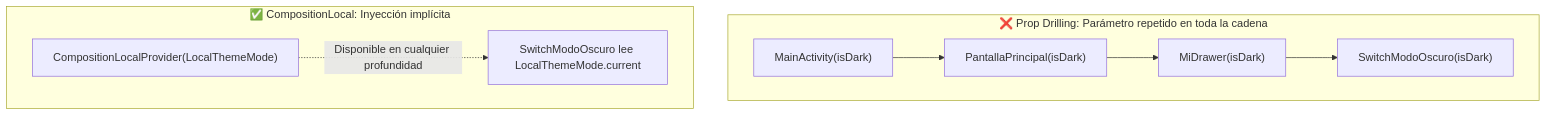
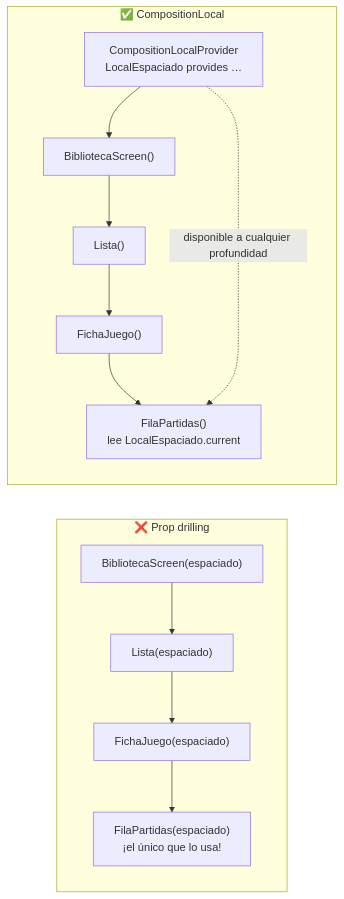
The third of 6 diagrams in docs/temas/03/a-diseno/3a.1-material-design-3-scaffold.md (jssdocente/pmdm2627d), drawn with Mermaid before and after one commit. The commit also changed other lines of this file and 2 other files, not shown here.

````diff
--- a/docs/temas/03/a-diseno/3a.1-material-design-3-scaffold.md
+++ b/docs/temas/03/a-diseno/3a.1-material-design-3-scaffold.md
@@ -204,13 +372,17 @@
 ```mermaid
-graph TD
-    subgraph Mal ["❌ Prop Drilling: Parámetro repetido en toda la cadena"]
-        A1["MainActivity(isDark)"] --> B1["PantallaPrincipal(isDark)"]
-        B1 --> C1["MiDrawer(isDark)"]
-        C1 --> D1["SwitchModoOscuro(isDark)"]
+flowchart LR
+    subgraph mal ["❌ Prop drilling"]
+        direction TB
+        A1["BibliotecaScreen(espaciado)"] --> B1["Lista(espaciado)"]
+        B1 --> C1["FichaJuego(espaciado)"]
+        C1 --> D1["FilaPartidas(espaciado)<br>¡el único que lo usa!"]
     end
-
-    subgraph Bien ["✅ CompositionLocal: Inyección implícita"]
-        A2["CompositionLocalProvider(LocalThemeMode)"]
-        A2 -.->|Disponible en cualquier profundidad| D2["SwitchModoOscuro lee LocalThemeMode.current"]
+    subgraph bien ["✅ CompositionLocal"]
+        direction TB
+        P["CompositionLocalProvider<br>LocalEspaciado provides …"] --> A2["BibliotecaScreen()"]
+        A2 --> B2["Lista()"]
+        B2 --> C2["FichaJuego()"]
+        C2 --> D2["FilaPartidas()<br>lee LocalEspaciado.current"]
+        P -. "disponible a cualquier profundidad" .-> D2
     end
 ```
````
